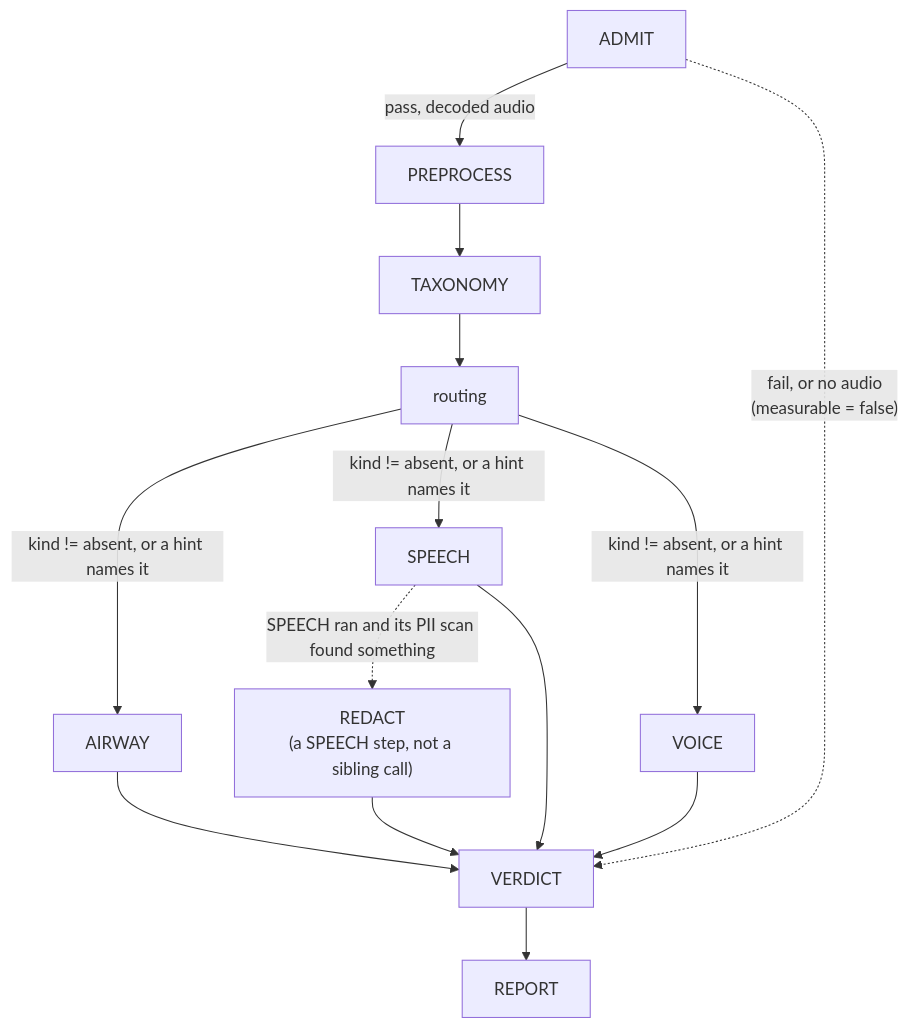
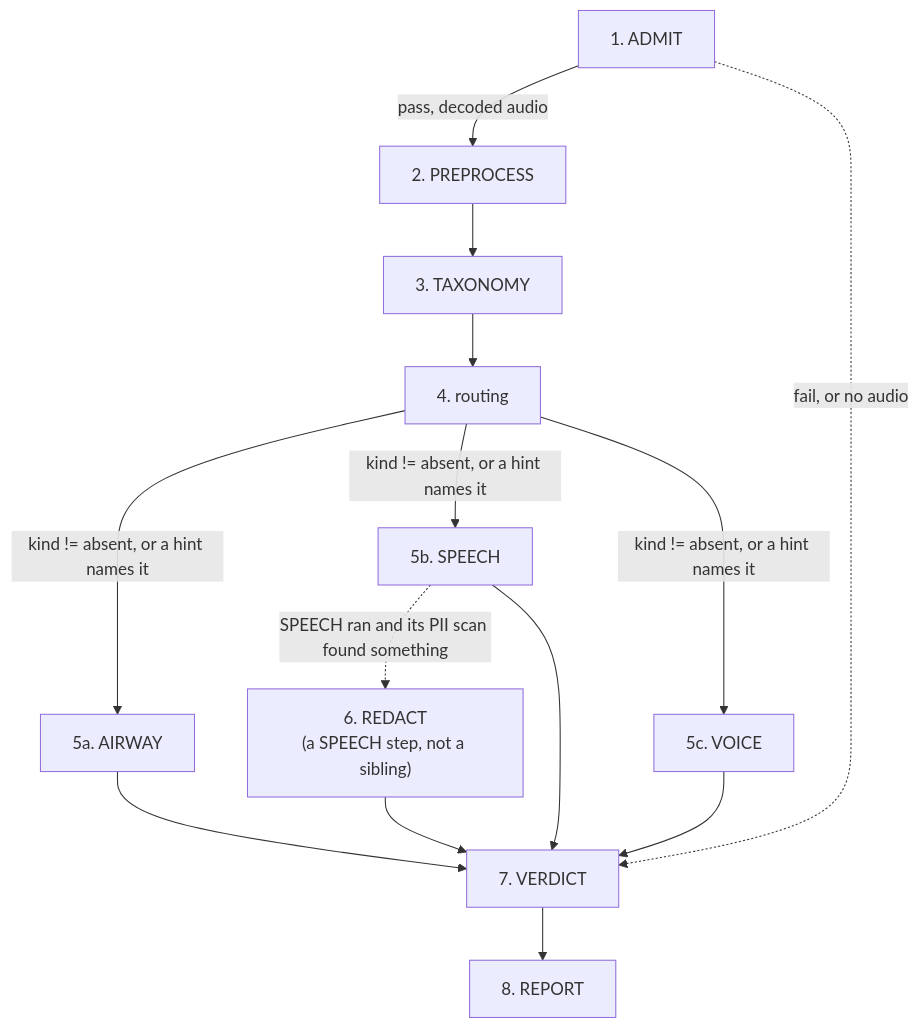
The diagram in specs/20260817-triage-workflow-dag/dag.md (sensein/senselab), drawn with Mermaid before and after one commit. The commit also changed other lines of this file, not shown here.

````diff
--- a/specs/20260817-triage-workflow-dag/dag.md
+++ b/specs/20260817-triage-workflow-dag/dag.md
@@ -8,26 +43,26 @@
 ```mermaid
 graph TD
-    ADMIT["ADMIT"]
-    PREPROCESS["PREPROCESS"]
-    TAXONOMY["TAXONOMY"]
-    ROUTING["routing"]
-    AIRWAY["AIRWAY"]
-    SPEECH["SPEECH"]
-    VOICE["VOICE"]
-    REDACT["REDACT<br/>(a SPEECH step, not a sibling call)"]
-    VERDICT["VERDICT"]
-    REPORT["REPORT"]
+    ADMIT["1. ADMIT"]
+    PREPROCESS["2. PREPROCESS"]
+    TAXONOMY["3. TAXONOMY"]
+    ROUTING["4. routing"]
+    AIRWAY["5a. AIRWAY"]
+    SPEECH["5b. SPEECH"]
+    VOICE["5c. VOICE"]
+    REDACT["6. REDACT<br/>(a SPEECH step, not a sibling)"]
+    VERDICT["7. VERDICT"]
+    REPORT["8. REPORT"]
 
     ADMIT -->|"pass, decoded audio"| PREPROCESS
-    ADMIT -.->|"fail, or no audio<br/>(measurable = false)"| VERDICT
+    ADMIT -.->|"fail, or no audio"| VERDICT
     PREPROCESS --> TAXONOMY --> ROUTING
     ROUTING -->|"kind != absent, or a hint names it"| AIRWAY
     ROUTING -->|"kind != absent, or a hint names it"| SPEECH
     ROUTING -->|"kind != absent, or a hint names it"| VOICE
     SPEECH -.->|"SPEECH ran and its PII scan found something"| REDACT
     AIRWAY --> VERDICT
     SPEECH --> VERDICT
     VOICE --> VERDICT
     REDACT --> VERDICT
     VERDICT --> REPORT
 ```
````
